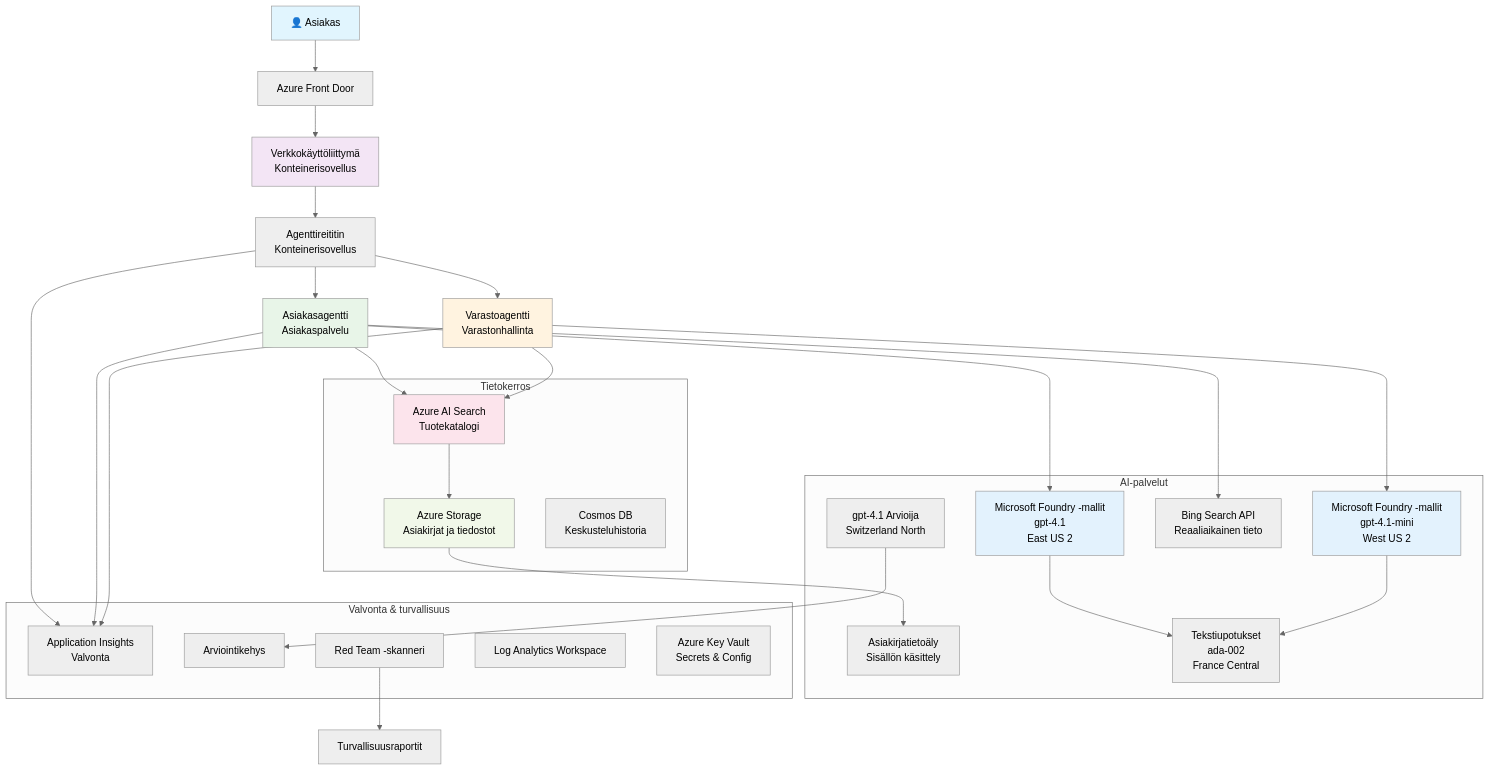
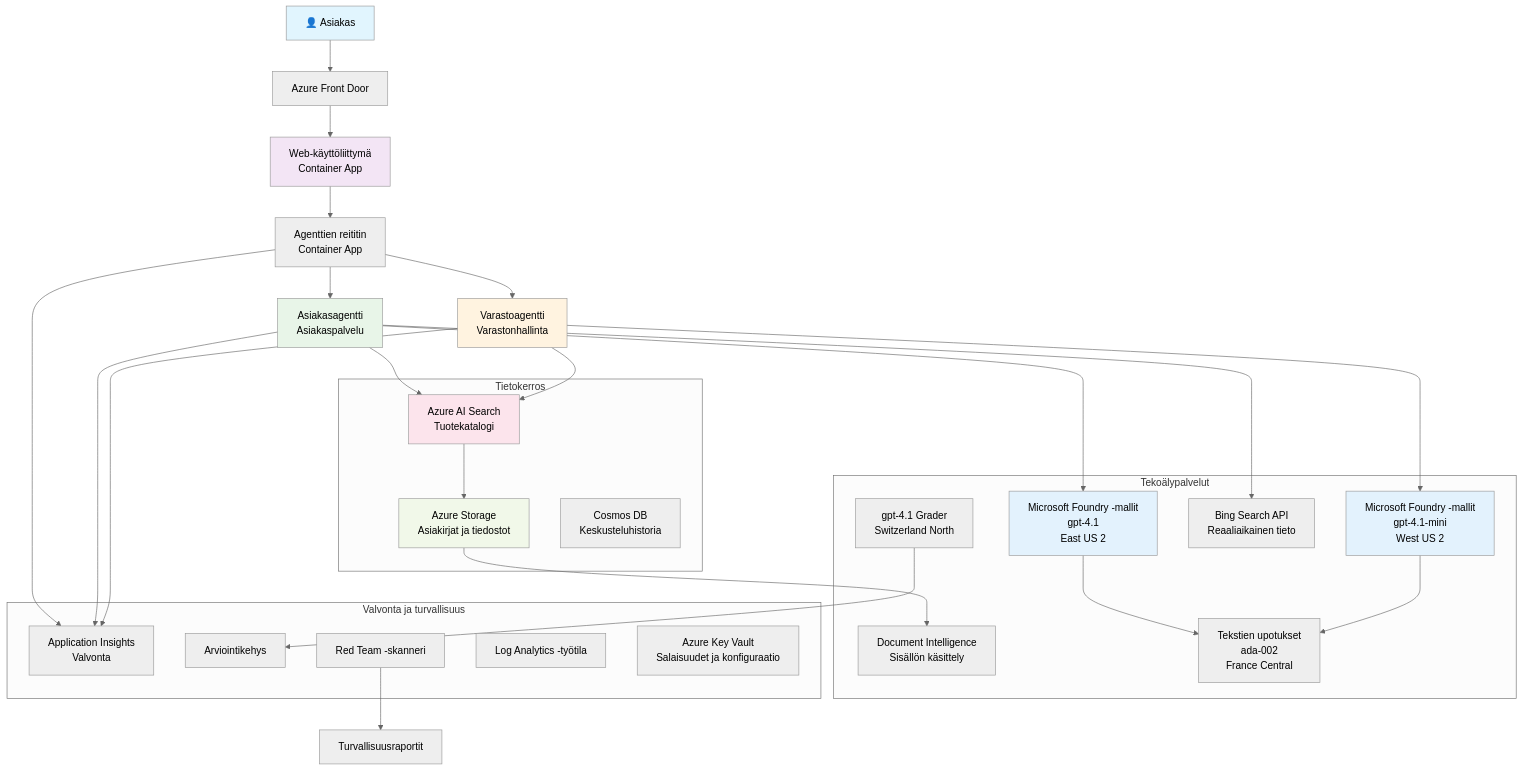
One commit to microsoft/AZD-for-beginners changed the diagram in translations/fi/examples/retail-scenario.md. Above: the diagram before and after it, drawn with Mermaid (neutral theme). The commit also changed other lines of this file and 104 other files, not shown here.

````diff
--- a/translations/fi/examples/retail-scenario.md
+++ b/translations/fi/examples/retail-scenario.md
@@ -139,61 +139,61 @@
 ```mermaid
 graph TB
     User[👤 Asiakas] --> LB[Azure Front Door]
-    LB --> WebApp[Verkkokäyttöliittymä<br/>Konteinerisovellus]
+    LB --> WebApp[Web-käyttöliittymä<br/>Container App]
     
-    WebApp --> Router[Agenttireititin<br/>Konteinerisovellus]
+    WebApp --> Router[Agenttien reititin<br/>Container App]
     Router --> CustomerAgent[Asiakasagentti<br/>Asiakaspalvelu]
     Router --> InvAgent[Varastoagentti<br/>Varastonhallinta]
     
     CustomerAgent --> OpenAI1[Microsoft Foundry -mallit<br/>gpt-4.1<br/>East US 2]
     InvAgent --> OpenAI2[Microsoft Foundry -mallit<br/>gpt-4.1-mini<br/>West US 2]
     
     CustomerAgent --> AISearch[Azure AI Search<br/>Tuotekatalogi]
     CustomerAgent --> BingSearch[Bing Search API<br/>Reaaliaikainen tieto]
     InvAgent --> AISearch
     
     AISearch --> Storage[Azure Storage<br/>Asiakirjat ja tiedostot]
-    Storage --> DocIntel[Asiakirjatietoäly<br/>Sisällön käsittely]
+    Storage --> DocIntel[Document Intelligence<br/>Sisällön käsittely]
     
-    OpenAI1 --> Embeddings[Tekstiupotukset<br/>ada-002<br/>France Central]
+    OpenAI1 --> Embeddings[Tekstien upotukset<br/>ada-002<br/>France Central]
     OpenAI2 --> Embeddings
     
     Router --> AppInsights[Application Insights<br/>Valvonta]
     CustomerAgent --> AppInsights
     InvAgent --> AppInsights
     
-    GraderModel[gpt-4.1 Arvioija<br/>Switzerland North] --> Evaluation[Arviointikehys]
+    GraderModel[gpt-4.1 Grader<br/>Switzerland North] --> Evaluation[Arviointikehys]
     RedTeam[Red Team -skanneri] --> SecurityReports[Turvallisuusraportit]
     
     subgraph "Tietokerros"
         Storage
         AISearch
         CosmosDB[Cosmos DB<br/>Keskusteluhistoria]
     end
     
-    subgraph "AI-palvelut"
+    subgraph "Tekoälypalvelut"
         OpenAI1
         OpenAI2
         Embeddings
         GraderModel
         DocIntel
         BingSearch
     end
     
-    subgraph "Valvonta & turvallisuus"
+    subgraph "Valvonta ja turvallisuus"
         AppInsights
-        LogAnalytics[Log Analytics Workspace]
-        KeyVault[Azure Key Vault<br/>Secrets & Config]
+        LogAnalytics[Log Analytics -työtila]
+        KeyVault[Azure Key Vault<br/>Salaisuudet ja konfiguraatio]
         RedTeam
         Evaluation
     end
     
     style User fill:#e1f5fe
     style WebApp fill:#f3e5f5
     style CustomerAgent fill:#e8f5e8
     style InvAgent fill:#fff3e0
     style OpenAI1 fill:#e3f2fd
     style OpenAI2 fill:#e3f2fd
     style AISearch fill:#fce4ec
     style Storage fill:#f1f8e9
 ```
````
